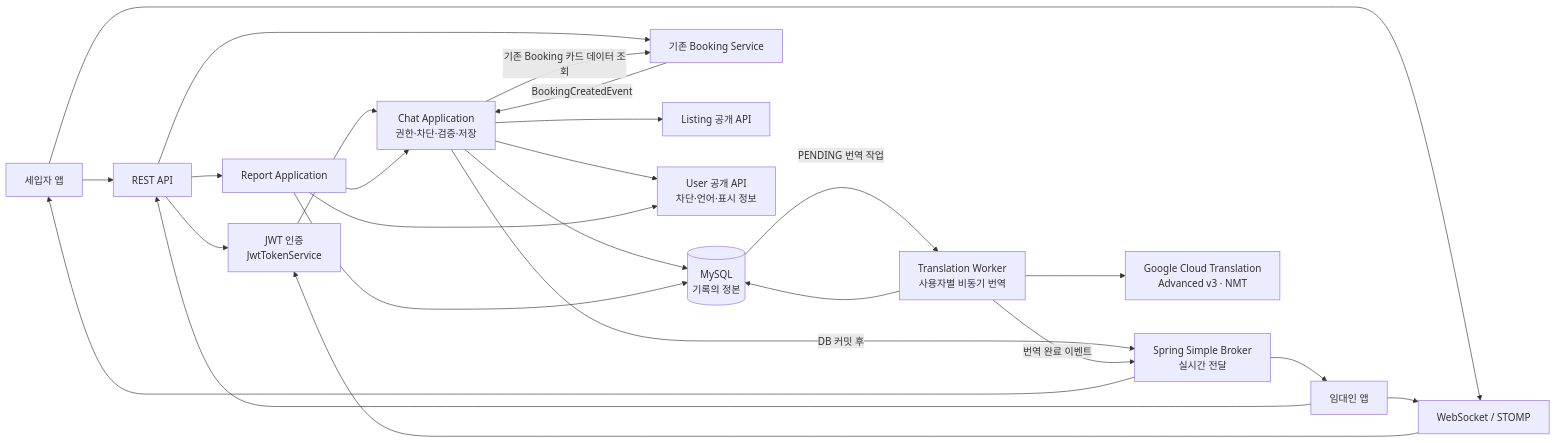
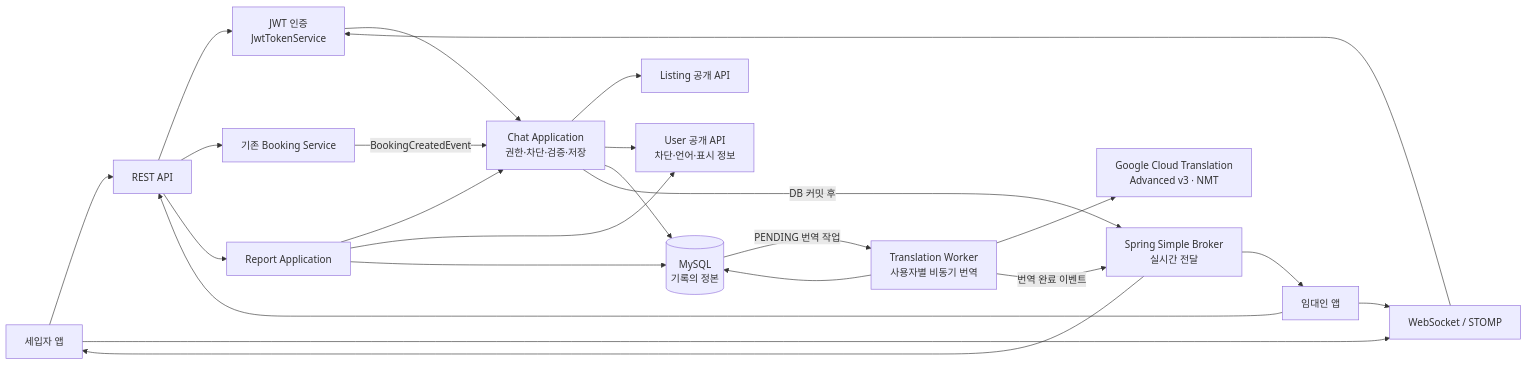
The diagram in docs/architecture/chat/01-scope-and-architecture.md (jameskim9509/Kohere-backend), drawn with Mermaid before and after one commit. The commit also changed other lines of this file and 35 other files, not shown here.

````diff
--- a/docs/architecture/chat/01-scope-and-architecture.md
+++ b/docs/architecture/chat/01-scope-and-architecture.md
@@ -70,42 +70,41 @@
 ```mermaid
 flowchart LR
     TENANT["세입자 앱"]
     LANDLORD["임대인 앱"]
     REST["REST API"]
     WS["WebSocket / STOMP"]
     AUTH["JWT 인증<br/>JwtTokenService"]
     CHAT["Chat Application<br/>권한·차단·검증·저장"]
     DB[("MySQL<br/>기록의 정본")]
     BROKER["Spring Simple Broker<br/>실시간 전달"]
     BOOKING["기존 Booking Service"]
     LISTING["Listing 공개 API"]
     USER["User 공개 API<br/>차단·언어·표시 정보"]
     TRANSLATION["Translation Worker<br/>사용자별 비동기 번역"]
     GOOGLE["Google Cloud Translation<br/>Advanced v3 · NMT"]
     REPORT["Report Application"]
 
     TENANT --> REST
     LANDLORD --> REST
     TENANT --> WS
     LANDLORD --> WS
     REST --> AUTH
     WS --> AUTH
     AUTH --> CHAT
     CHAT --> LISTING
     CHAT --> USER
     CHAT --> DB
     CHAT -->|"DB 커밋 후"| BROKER
     DB -->|"PENDING 번역 작업"| TRANSLATION
     TRANSLATION --> GOOGLE
     TRANSLATION --> DB
     TRANSLATION -->|"번역 완료 이벤트"| BROKER
     BROKER --> TENANT
     BROKER --> LANDLORD
     REST --> BOOKING
     BOOKING -->|"BookingCreatedEvent"| CHAT
-    CHAT -->|"기존 Booking 카드 데이터 조회"| BOOKING
     REST --> REPORT
     REPORT --> CHAT
     REPORT --> USER
     REPORT --> DB
 ```
````
